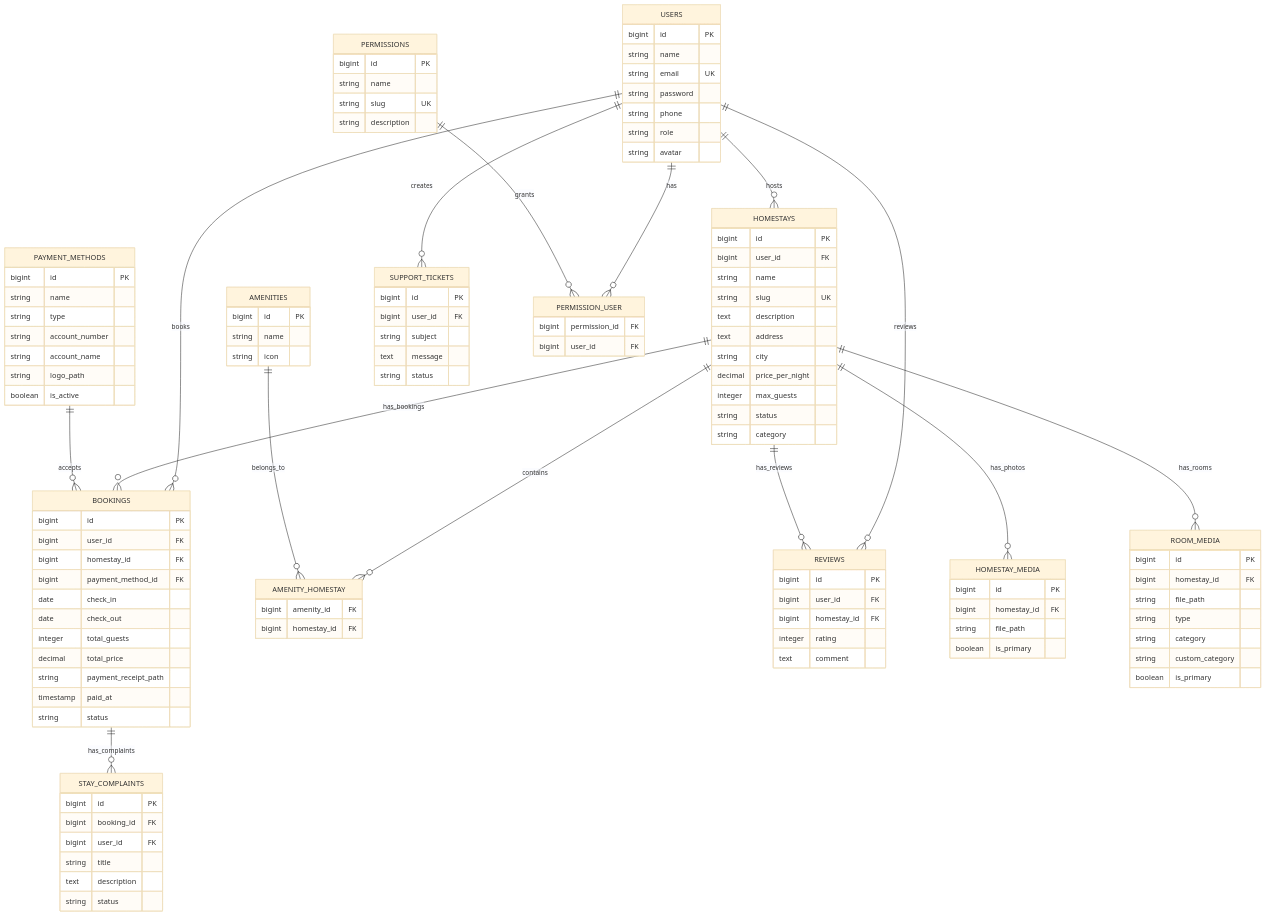
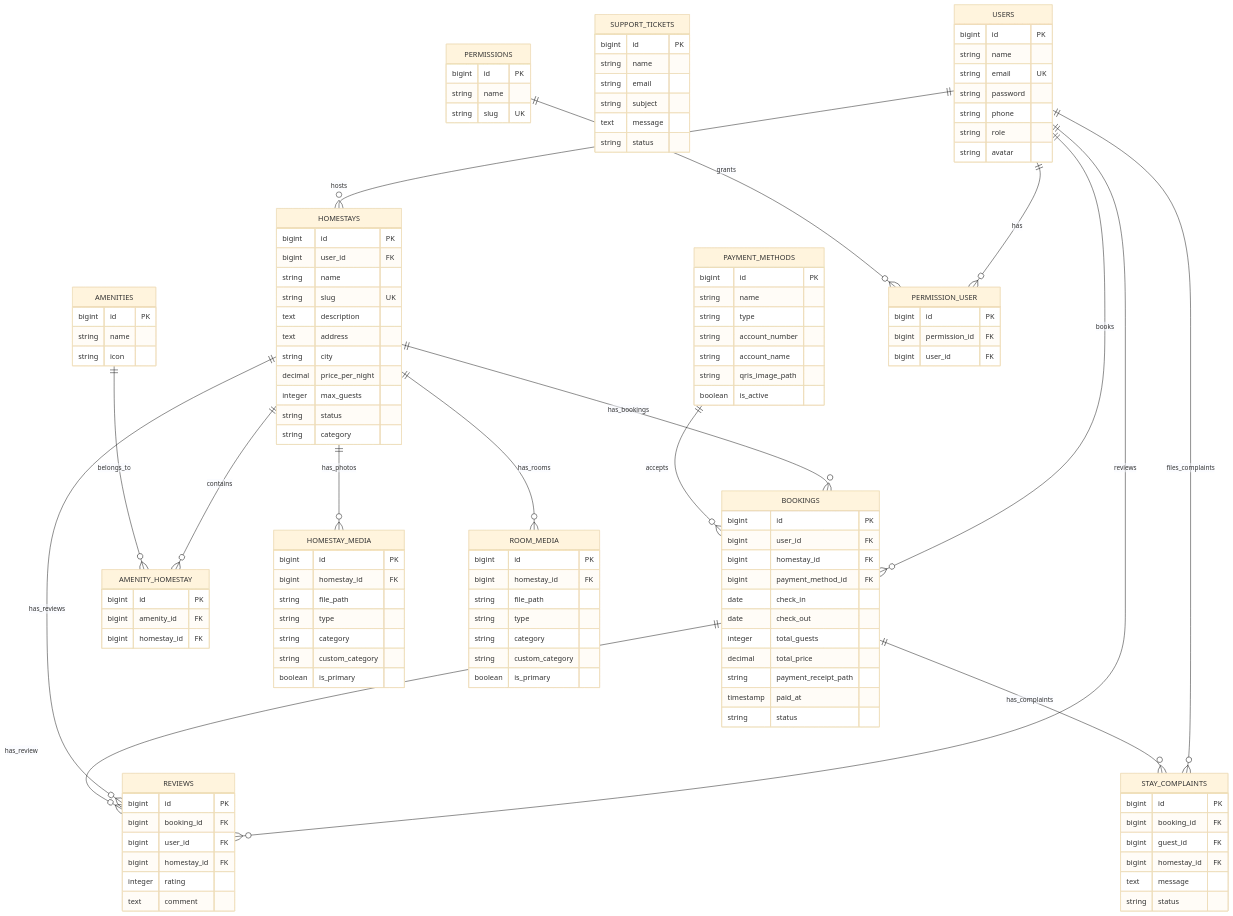
Before and after one commit to MuslimGunawan/HomeStay-Apps: the diagram in README.md, drawn with Mermaid (base theme). The commit also changed other lines of this file, not shown here.

Commit message:
docs: update database schema and Eloquent relationship definitions in README

````diff
--- a/README.md
+++ b/README.md
@@ -214,6 +214,7 @@
         string icon
     }
     AMENITY_HOMESTAY {
+        bigint id PK
         bigint amenity_id FK
         bigint homestay_id FK
     }
@@ -223,11 +224,12 @@
         string type
         string account_number
         string account_name
-        string logo_path
+        string qris_image_path
         boolean is_active
     }
     REVIEWS {
         bigint id PK
+        bigint booking_id FK
         bigint user_id FK
         bigint homestay_id FK
         integer rating
@@ -236,14 +238,15 @@
     STAY_COMPLAINTS {
         bigint id PK
         bigint booking_id FK
-        bigint user_id FK
-        string title
-        text description
+        bigint guest_id FK
+        bigint homestay_id FK
+        text message
         string status
     }
     SUPPORT_TICKETS {
         bigint id PK
-        bigint user_id FK
+        string name
+        string email
         string subject
         text message
         string status
@@ -252,6 +255,9 @@
         bigint id PK
         bigint homestay_id FK
         string file_path
+        string type
+        string category
+        string custom_category
         boolean is_primary
     }
     ROOM_MEDIA {
@@ -267,9 +273,9 @@
         bigint id PK
         string name
         string slug UK
-        string description
     }
     PERMISSION_USER {
+        bigint id PK
         bigint permission_id FK
         bigint user_id FK
     }
@@ -277,7 +283,7 @@
     USERS ||--o{ HOMESTAYS : "hosts"
     USERS ||--o{ BOOKINGS : "books"
     USERS ||--o{ REVIEWS : "reviews"
-    USERS ||--o{ SUPPORT_TICKETS : "creates"
+    USERS ||--o{ STAY_COMPLAINTS : "files_complaints"
     USERS ||--o{ PERMISSION_USER : "has"
     PERMISSIONS ||--o{ PERMISSION_USER : "grants"
     HOMESTAYS ||--o{ BOOKINGS : "has_bookings"
@@ -288,4 +294,5 @@
     AMENITIES ||--o{ AMENITY_HOMESTAY : "belongs_to"
     PAYMENT_METHODS ||--o{ BOOKINGS : "accepts"
     BOOKINGS ||--o{ STAY_COMPLAINTS : "has_complaints"
+    BOOKINGS ||--o{ REVIEWS : "has_review"
 ```
````
